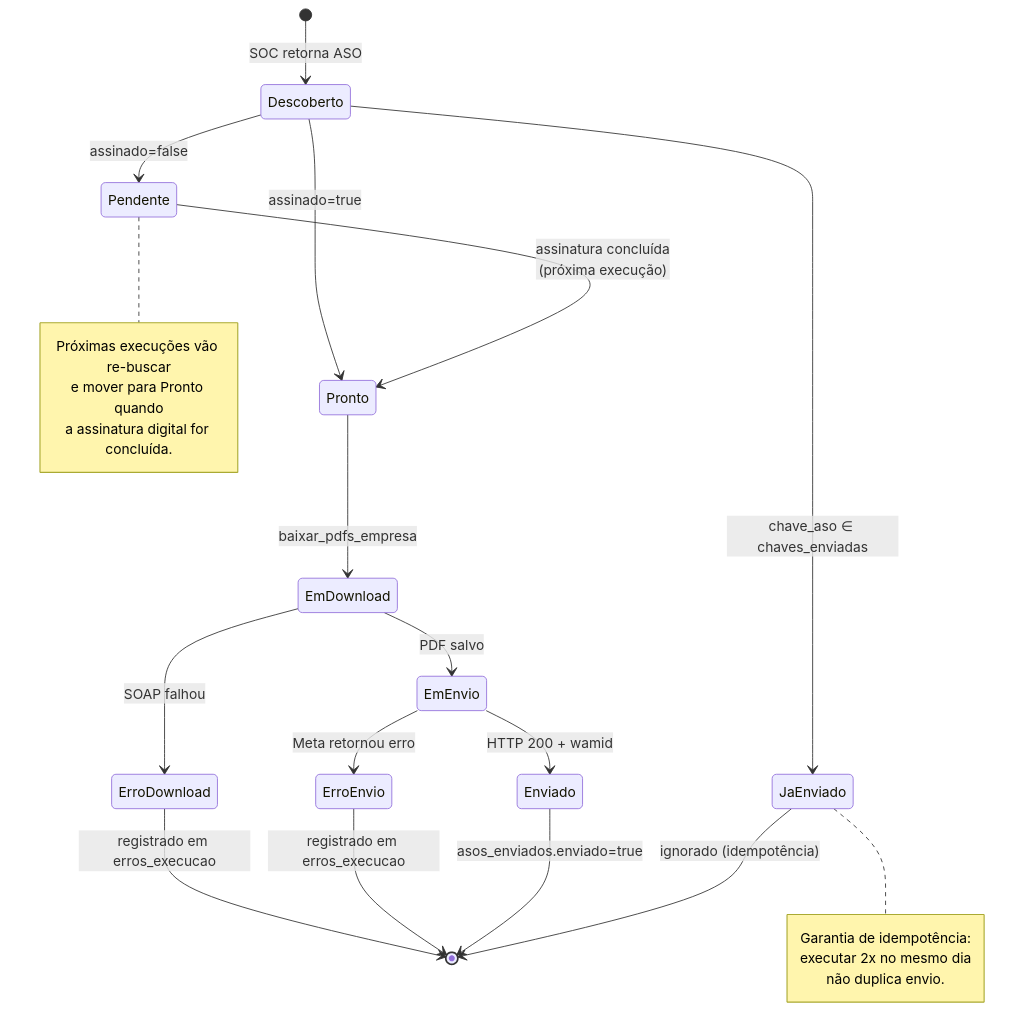
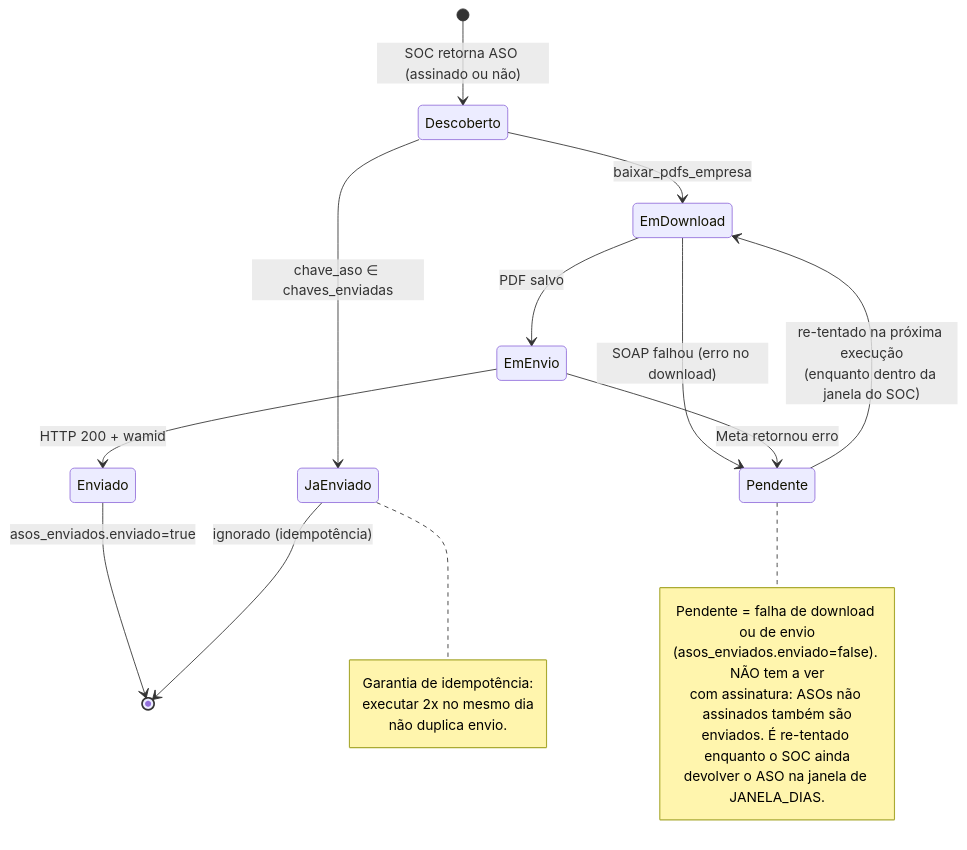
One commit to safehelp-agentes/Mensageria_ASOs changed the third of 8 diagrams in ARCHITECTURE.md. Above: the diagram before and after it, drawn with Mermaid. The commit also changed other lines of this file and 4 other files, not shown here.

Commit message:
documentação com .md para IA

````diff
--- a/ARCHITECTURE.md
+++ b/ARCHITECTURE.md
@@ -110,29 +106,27 @@
 ```mermaid
 stateDiagram-v2
-    [*] --> Descoberto: SOC retorna ASO
+    [*] --> Descoberto: SOC retorna ASO (assinado ou não)
     Descoberto --> JaEnviado: chave_aso ∈ chaves_enviadas
-    Descoberto --> Pendente: assinado=false
-    Descoberto --> Pronto: assinado=true
-    Pendente --> Pronto: assinatura concluída<br/>(próxima execução)
-    Pronto --> EmDownload: baixar_pdfs_empresa
-    EmDownload --> ErroDownload: SOAP falhou
+    Descoberto --> EmDownload: baixar_pdfs_empresa
+    EmDownload --> Pendente: SOAP falhou (erro no download)
     EmDownload --> EmEnvio: PDF salvo
-    EmEnvio --> ErroEnvio: Meta retornou erro
+    EmEnvio --> Pendente: Meta retornou erro
     EmEnvio --> Enviado: HTTP 200 + wamid
-    ErroDownload --> [*]: registrado em erros_execucao
-    ErroEnvio --> [*]: registrado em erros_execucao
+    Pendente --> EmDownload: re-tentado na próxima execução<br/>(enquanto dentro da janela do SOC)
     Enviado --> [*]: asos_enviados.enviado=true
     JaEnviado --> [*]: ignorado (idempotência)
 
     note right of JaEnviado
         Garantia de idempotência:
         executar 2x no mesmo dia
         não duplica envio.
     end note
 
     note right of Pendente
-        Próximas execuções vão re-buscar
-        e mover para Pronto quando
-        a assinatura digital for concluída.
+        Pendente = falha de download ou de envio
+        (asos_enviados.enviado=false). NÃO tem a ver
+        com assinatura: ASOs não assinados também são
+        enviados. É re-tentado enquanto o SOC ainda
+        devolver o ASO na janela de JANELA_DIAS.
     end note
 ```
````
